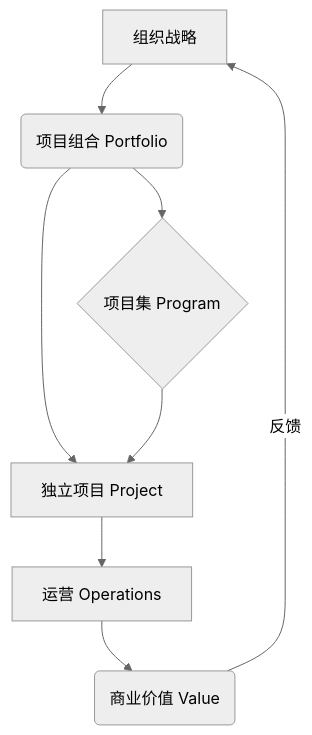
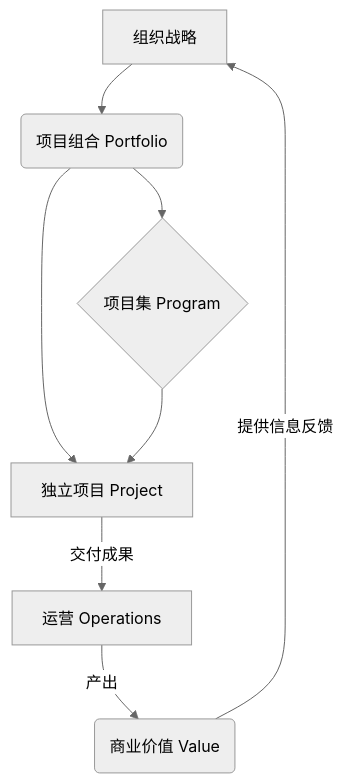
The diagram in notes/11-PMBOK7-精解.md (7kolor/pmp-notes), drawn with Mermaid (neutral theme) before and after one commit. The commit also changed other lines of this file and 1 other file, not shown here.

````diff
--- a/notes/11-PMBOK7-精解.md
+++ b/notes/11-PMBOK7-精解.md
@@ -14,10 +22,10 @@
 ```mermaid
 graph TD
     A[组织战略] --> B(项目组合 Portfolio);
     B --> C{项目集 Program};
     B --> D[独立项目 Project];
     C --> D;
-    D --> E[运营 Operations];
-    E --> F(商业价值 Value);
-    F --反馈--> A;
+    D --交付成果--> E[运营 Operations];
+    E --产出--> F(商业价值 Value);
+    F --提供信息反馈--> A;
 ```
````
